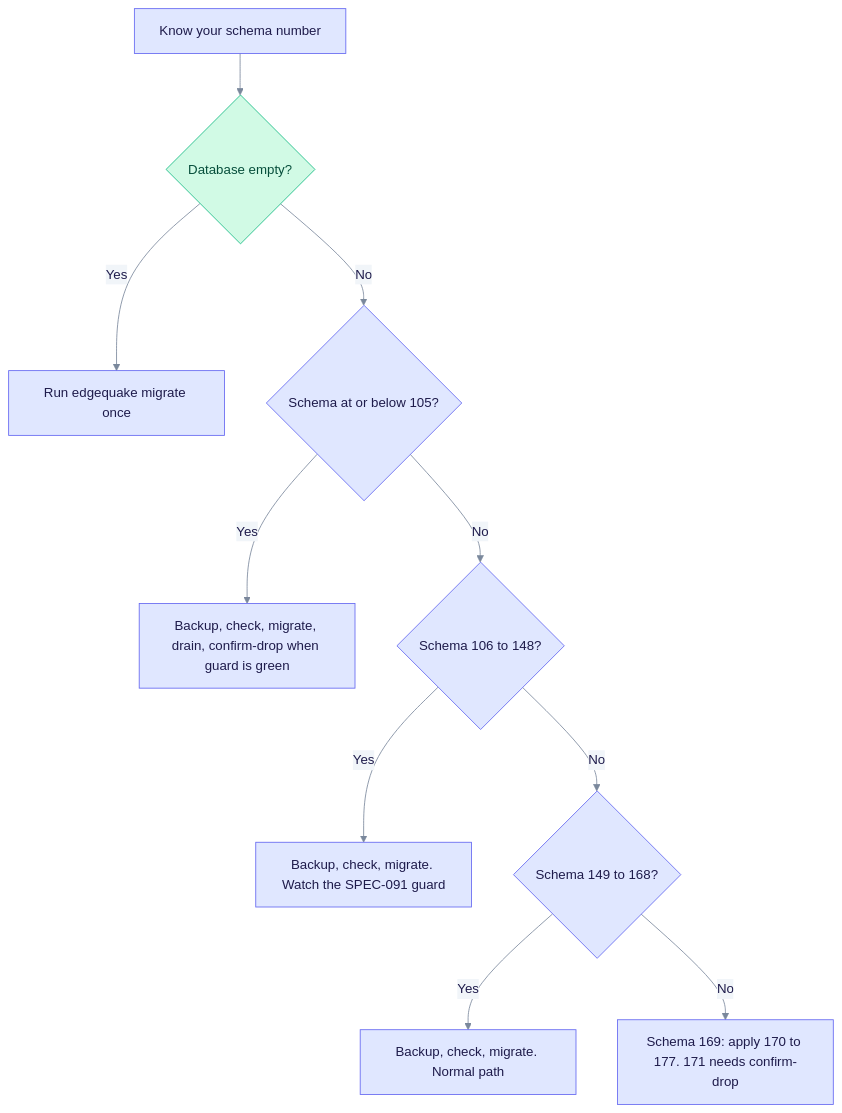
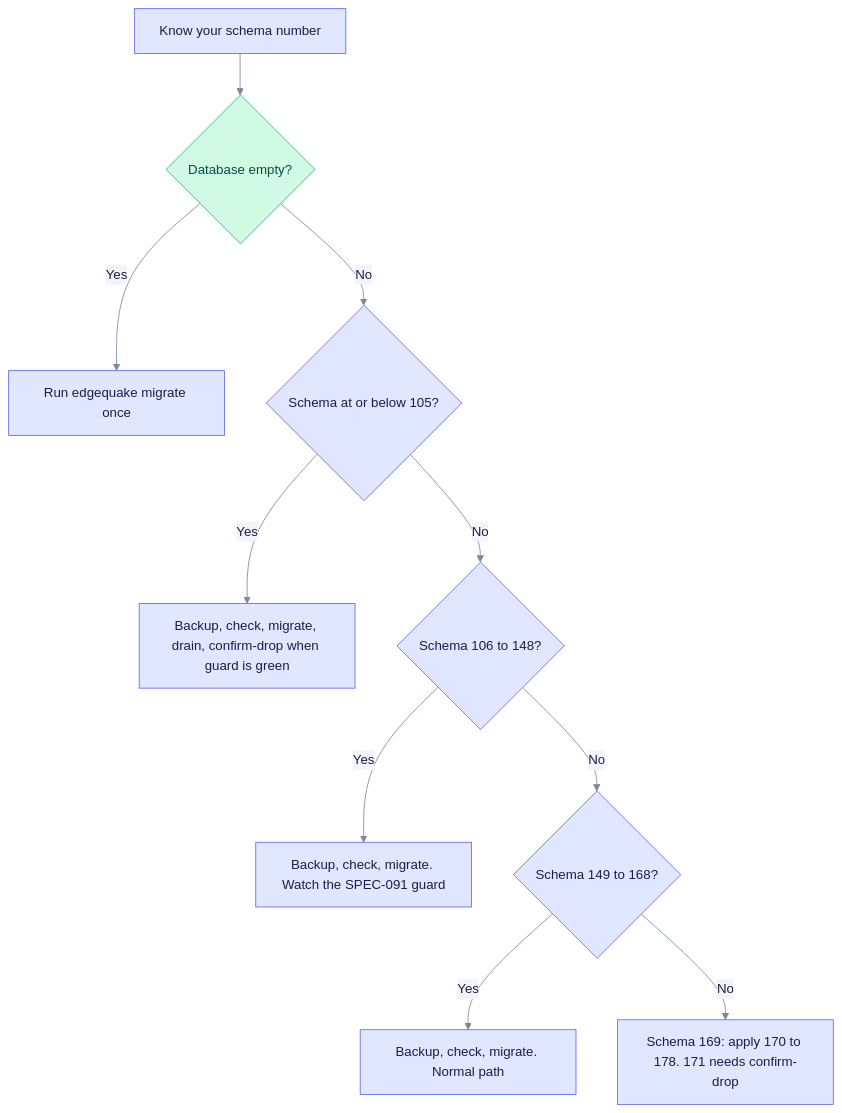
Before and after one commit to YatchiYa/edgequake: the first of 3 diagrams in docs/operations/upgrading.md, drawn with Mermaid. The commit also changed other lines of this file and 9 other files, not shown here.

````diff
--- a/docs/operations/upgrading.md
+++ b/docs/operations/upgrading.md
@@ -24,17 +24,17 @@
 ```mermaid
 %%{init: {"theme":"base","themeVariables":{"primaryColor":"#E0E7FF","primaryBorderColor":"#6366F1","primaryTextColor":"#1E1B4B","secondaryColor":"#D1FAE5","secondaryBorderColor":"#10B981","secondaryTextColor":"#064E3B","tertiaryColor":"#FEF3C7","tertiaryBorderColor":"#F59E0B","tertiaryTextColor":"#6B7A90","lineColor":"#7A889C","clusterBkg":"rgba(99,102,241,0.07)","clusterBorder":"#A5B4FC","noteBkgColor":"#FEF9C3","noteTextColor":"#422006","textColor":"#6B7A90","titleColor":"#6B7A90","signalColor":"#7A889C","signalTextColor":"#6B7A90","loopTextColor":"#6B7A90","edgeLabelBackground":"#F1F5F9","actorLineColor":"#94A3B8"}}}%%
 %% eq-theme:v1
 flowchart TD
   A["Know your schema number"] --> B{"Database empty?"}
   B -->|Yes| C["Run edgequake migrate once"]
   B -->|No| D{"Schema at or below 105?"}
   D -->|Yes| E["Backup, check, migrate, drain, confirm-drop when guard is green"]
   D -->|No| F{"Schema 106 to 148?"}
   F -->|Yes| G["Backup, check, migrate. Watch the SPEC-091 guard"]
   F -->|No| H{"Schema 149 to 168?"}
   H -->|Yes| I["Backup, check, migrate. Normal path"]
-  H -->|No| J["Schema 169: apply 170 to 177. 171 needs confirm-drop"]
+  H -->|No| J["Schema 169: apply 170 to 178. 171 needs confirm-drop"]
 %% eq-classes
 classDef eqStore fill:#D1FAE5,stroke:#10B981,color:#064E3B
 class B eqStore
 ```
````
